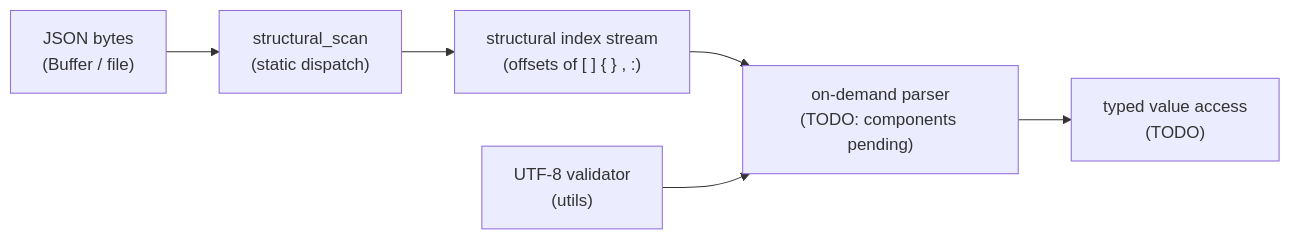
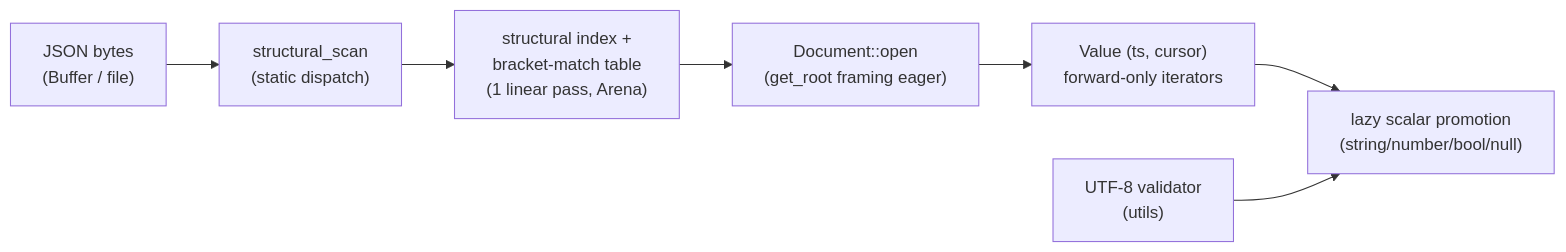
One commit to zuudevs/ze_json changed the first of 3 diagrams in docs/architecture/README.md. Above: the diagram before and after it, drawn with Mermaid. The commit also changed other lines of this file and 2 other files, not shown here.

Commit message:
docs: align documentation with as-built on-demand parser and ABI v3

````diff
--- a/docs/architecture/README.md
+++ b/docs/architecture/README.md
@@ -21,8 +21,9 @@
 ```mermaid
 flowchart LR
     A["JSON bytes\n(Buffer / file)"] --> B["structural_scan\n(static dispatch)"]
-    B --> C["structural index stream\n(offsets of [ ] { } , :)"]
-    C --> D["on-demand parser\n(TODO: components pending)"]
-    D --> E["typed value access\n(TODO)"]
-    F["UTF-8 validator\n(utils)"] --> D
+    B --> C["structural index +\nbracket-match table\n(1 linear pass, Arena)"]
+    C --> D["Document::open\n(get_root framing eager)"]
+    D --> E["Value (ts, cursor)\nforward-only iterators"]
+    E --> F["lazy scalar promotion\n(string/number/bool/null)"]
+    G["UTF-8 validator\n(utils)"] --> F
 ```
````
